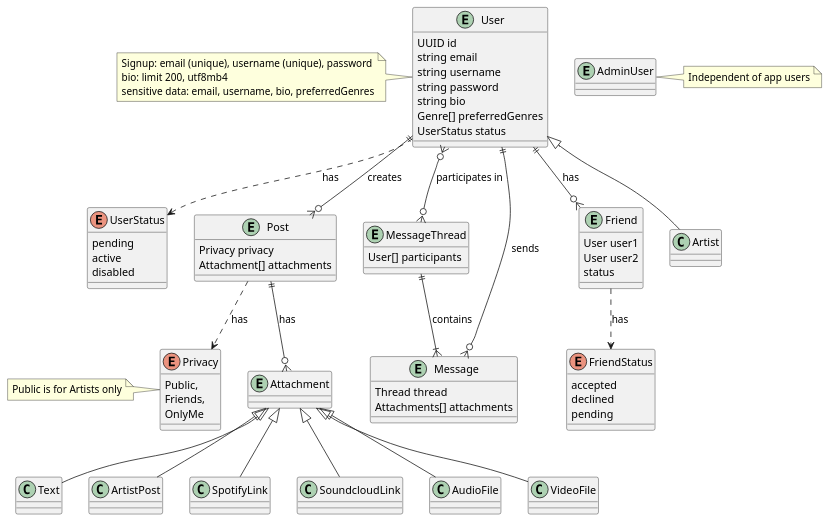
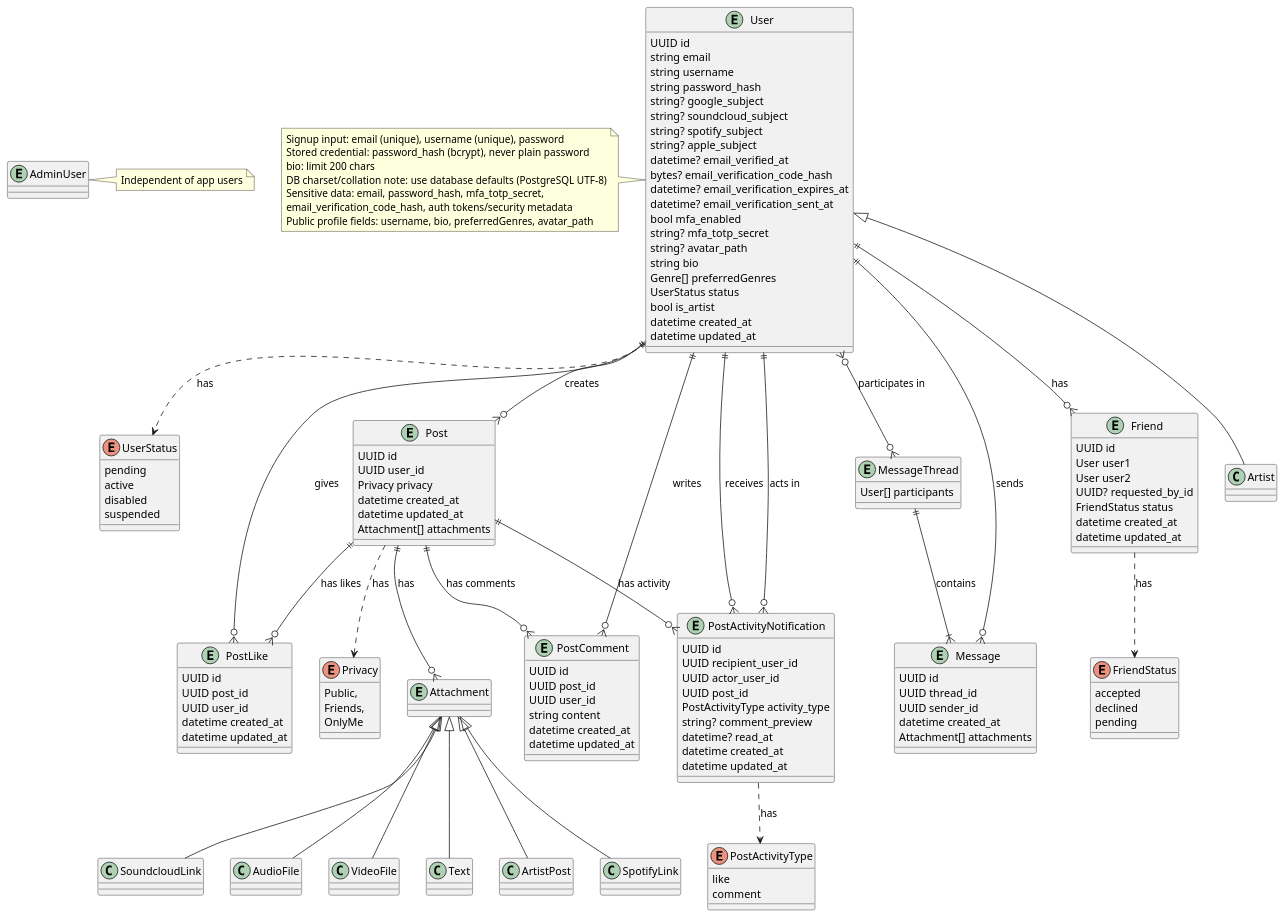
Before and after one commit to echo-music-app/updated-flutter-app: the diagram in docs/domain_model.puml, drawn with PlantUML. The commit also changed 55 other files, not shown here.

```diff
--- a/docs/domain_model.puml
+++ b/docs/domain_model.puml
@@ -1,97 +1,168 @@
 @startuml
 
 enum Privacy {
     Public,
     Friends,
     OnlyMe
 }
-note left: Public is for Artists only
 
 enum UserStatus {
     pending
     active
     disabled
+    suspended
 }
 
 entity AdminUser {
 }
 note right: Independent of app users
 
 entity User {
     UUID id
     string email
     string username
-    string password
+    string password_hash
+    string? google_subject
+    string? soundcloud_subject
+    string? spotify_subject
+    string? apple_subject
+    datetime? email_verified_at
+    bytes? email_verification_code_hash
+    datetime? email_verification_expires_at
+    datetime? email_verification_sent_at
+    bool mfa_enabled
+    string? mfa_totp_secret
+    string? avatar_path
     string bio
     Genre[] preferredGenres
     UserStatus status
+    bool is_artist
+    datetime created_at
+    datetime updated_at
 }
 
 note left
-    Signup: email (unique), username (unique), password
-    bio: limit 200, utf8mb4
-    sensitive data: email, username, bio, preferredGenres
+    Signup input: email (unique), username (unique), password
+    Stored credential: password_hash (bcrypt), never plain password
+    bio: limit 200 chars
+    DB charset/collation note: use database defaults (PostgreSQL UTF-8)
+    Sensitive data: email, password_hash, mfa_totp_secret,
+    email_verification_code_hash, auth tokens/security metadata
+    Public profile fields: username, bio, preferredGenres, avatar_path
 end note
 
 ' Private attachments must be supported (expiring links / pre-signed links)
 entity Attachment {
 }
 
 entity Post {
+    UUID id
+    UUID user_id
     Privacy privacy
+    datetime created_at
+    datetime updated_at
     Attachment[] attachments
+}
+
+entity PostLike {
+    UUID id
+    UUID post_id
+    UUID user_id
+    datetime created_at
+    datetime updated_at
+}
+
+entity PostComment {
+    UUID id
+    UUID post_id
+    UUID user_id
+    string content
+    datetime created_at
+    datetime updated_at
+}
+
+enum PostActivityType {
+    like
+    comment
+}
+
+entity PostActivityNotification {
+    UUID id
+    UUID recipient_user_id
+    UUID actor_user_id
+    UUID post_id
+    PostActivityType activity_type
+    string? comment_preview
+    datetime? read_at
+    datetime created_at
+    datetime updated_at
 }
 
 ' Initially 2 participants only
 entity MessageThread {
     User[] participants
 }
 
 ' Can only write to and receive messages from friends
 entity Message {
-    Thread thread
-    Attachments[] attachments
+    UUID id
+    UUID thread_id
+    UUID sender_id
+    datetime created_at
+    Attachment[] attachments
 }
 
 ' Declined is not really required for now, but can be useful for audit purposes
 enum FriendStatus {
     accepted
     declined
     pending
 }
 
 entity Friend {
+    UUID id
     User user1
     User user2
-    status
+    UUID? requested_by_id
+    FriendStatus status
+    datetime created_at
+    datetime updated_at
 }
 
 
 User <|-- Artist
 
 User ..> UserStatus : has
 User ||--o{ Post : creates
 Post ..> Privacy : has
+Post ||--o{ PostLike : has likes
+Post ||--o{ PostComment : has comments
+Post ||--o{ PostActivityNotification : has activity
+User ||--o{ PostLike : gives
+User ||--o{ PostComment : writes
+User ||--o{ PostActivityNotification : receives
+User ||--o{ PostActivityNotification : acts in
 
 User }o--o{ MessageThread : participates in
 
 MessageThread ||--|{ Message : contains
 User ||--o{ Message : sends
 
 User ||--o{ Friend : has
 
 Friend ..> FriendStatus : has
+PostActivityNotification ..> PostActivityType : has
 
 Post ||--o{ Attachment : has
 
 Attachment <|-- Text
 
 Attachment <|-- ArtistPost
 
 ' Embedding of external players need to be checked
 Attachment <|-- SpotifyLink
 Attachment <|-- SoundcloudLink
 Attachment <|-- AudioFile
 Attachment <|-- VideoFile
 
 @enduml
```
